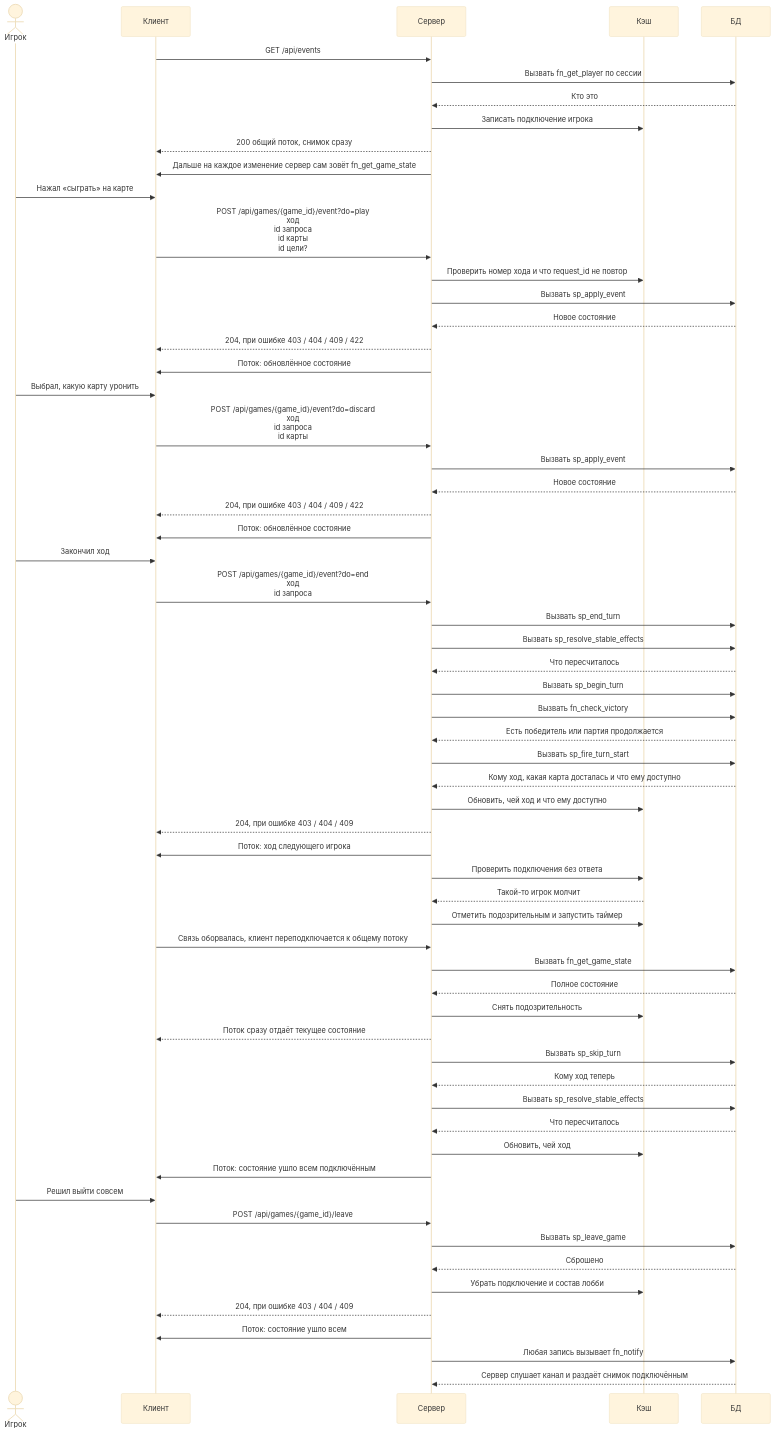
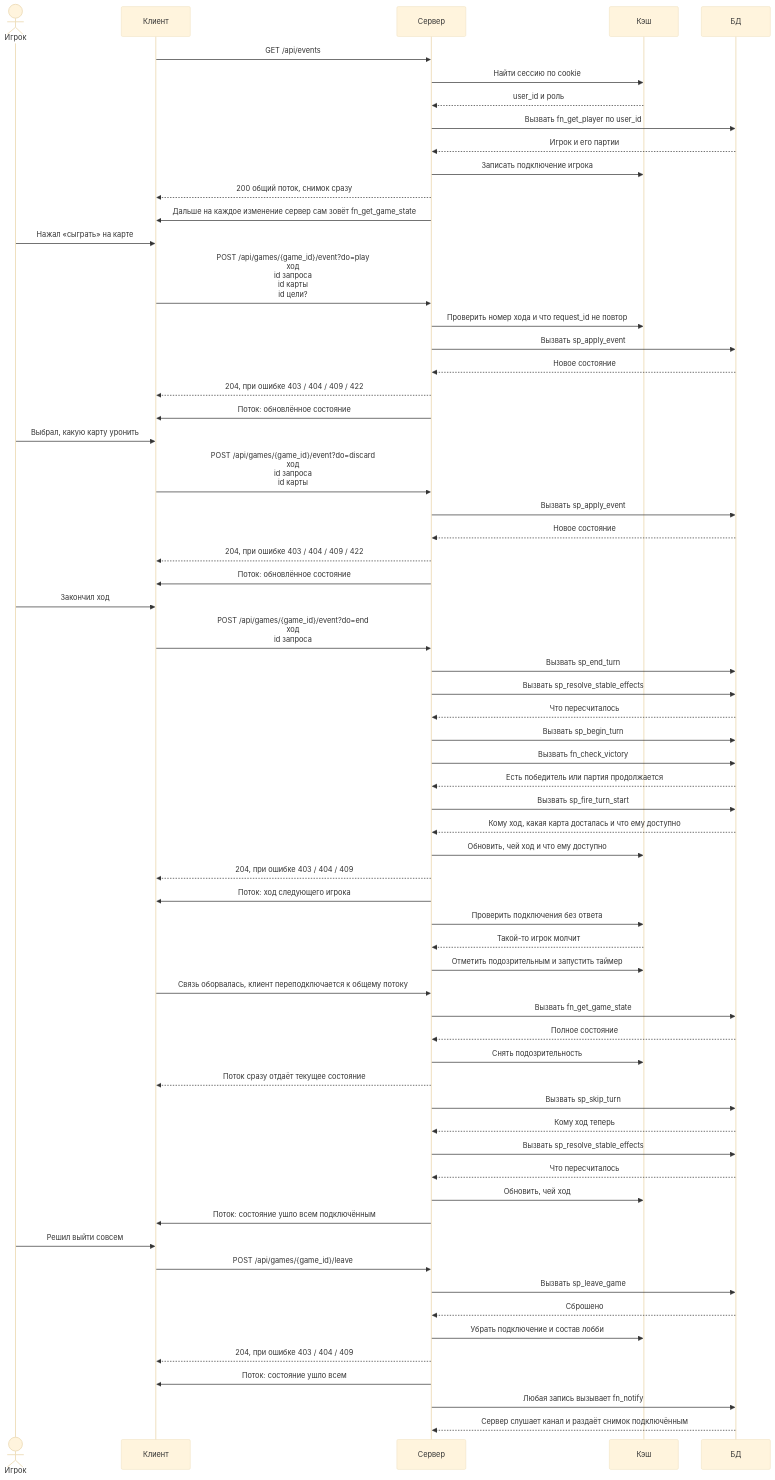
One commit to docup1/edin-game changed the diagram in diagrams/game.mmd. Above: the diagram before and after it, drawn with Mermaid (base theme).

Commit message:
Не искать пользователя в базе на открытии потока
Стрелка была не в том участнике и с выдуманной сигнатурой: fn_get_player
по описанию принимает id_user, а не сессию, и ходить за идентичностью в
базу не нужно вообще - таблицы users в схеме нет.

Сессия лежит в кэше, как в auth.mmd и admin.mmd. Теперь открытие потока
сначала спрашивает кэш, а базу - уже про факты игры: в каких партиях
участвует этот user_id, что читается по players.

Заодно поправил два комментария, которые врали про кэш: он держит не
только подключения, но и сессии, поэтому перезапуск сервера теряет
входы, а факты об игре остаются.

```diff
--- a/diagrams/game.mmd
+++ b/diagrams/game.mmd
@@ -1,129 +1,131 @@
 %% Всё, что происходит во время партии: поток, ход, обрыв связи, пропуск, выход.
 %% Два эндпоинта: один event с действием в query и выход.
 %% Клиент оперирует картами и выбирает цель. Названия механик, назначение,
 %% количество и позиции определяет сервер - клиент их не знает и не видит.
 %% Связь и признак «кто на связи» - в кэше, все факты - в базе.
 %% Ошибки: 403 не его ход, 404 нет партии, 409 номер хода не совпал или
 %% повтор request_id, 422 карта не в available или цель не из присланного списка.
 %% Состояние в потоке всегда полное и приходит при любом изменении, отдельных
-%% событий про карты и ходы нет. Кэш держит только подключения, поэтому
-%% перезапуск сервера ничего не теряет.
+%% событий про карты и ходы нет. Сессия лежит в кэше, поэтому перезапуск
+%% сервера теряет только входы, а факты об игре остаются в базе.
 sequenceDiagram
     actor U as Игрок
     participant C as Клиент
     participant S as Сервер
     participant K as Кэш
     participant D as БД
 
     C->>S: GET /api/events
-    S->>D: Вызвать fn_get_player по сессии
-    D-->>S: Кто это
+    S->>K: Найти сессию по cookie
+    K-->>S: user_id и роль
+    S->>D: Вызвать fn_get_player по user_id
+    D-->>S: Игрок и его партии
     S->>K: Записать подключение игрока
     S-->>C: 200 общий поток, снимок сразу
     S->>C: Дальше на каждое изменение сервер сам зовёт fn_get_game_state
 
     U->>C: Нажал «сыграть» на карте
     C->>S: POST /api/games/{game_id}/event?do=play<br/>ход<br/>id запроса<br/>id карты<br/>id цели?
     S->>K: Проверить номер хода и что request_id не повтор
     S->>D: Вызвать sp_apply_event
     D-->>S: Новое состояние
     S-->>C: 204, при ошибке 403 / 404 / 409 / 422
     S->>C: Поток: обновлённое состояние
 
     U->>C: Выбрал, какую карту уронить
     C->>S: POST /api/games/{game_id}/event?do=discard<br/>ход<br/>id запроса<br/>id карты
     S->>D: Вызвать sp_apply_event
     D-->>S: Новое состояние
     S-->>C: 204, при ошибке 403 / 404 / 409 / 422
     S->>C: Поток: обновлённое состояние
 
     U->>C: Закончил ход
     C->>S: POST /api/games/{game_id}/event?do=end<br/>ход<br/>id запроса
     S->>D: Вызвать sp_end_turn
     S->>D: Вызвать sp_resolve_stable_effects
     D-->>S: Что пересчиталось
     S->>D: Вызвать sp_begin_turn
     S->>D: Вызвать fn_check_victory
     D-->>S: Есть победитель или партия продолжается
     S->>D: Вызвать sp_fire_turn_start
     D-->>S: Кому ход, какая карта досталась и что ему доступно
     S->>K: Обновить, чей ход и что ему доступно
     S-->>C: 204, при ошибке 403 / 404 / 409
     S->>C: Поток: ход следующего игрока
 
     S->>K: Проверить подключения без ответа
     K-->>S: Такой-то игрок молчит
     S->>K: Отметить подозрительным и запустить таймер
     C->>S: Связь оборвалась, клиент переподключается к общему потоку
     S->>D: Вызвать fn_get_game_state
     D-->>S: Полное состояние
     S->>K: Снять подозрительность
     S-->>C: Поток сразу отдаёт текущее состояние
 
     S->>D: Вызвать sp_skip_turn
     D-->>S: Кому ход теперь
     S->>D: Вызвать sp_resolve_stable_effects
     D-->>S: Что пересчиталось
     S->>K: Обновить, чей ход
     S->>C: Поток: состояние ушло всем подключённым
 
     U->>C: Решил выйти совсем
     C->>S: POST /api/games/{game_id}/leave
     S->>D: Вызвать sp_leave_game
     D-->>S: Сброшено
     S->>K: Убрать подключение и состав лобби
     S-->>C: 204, при ошибке 403 / 404 / 409
     S->>C: Поток: состояние ушло всем
 
     S->>D: Любая запись вызывает fn_notify
     D-->>S: Сервер слушает канал и раздаёт снимок подключённым
 
     %% available - просто список карт, которые можно сыграть. Названий механик
     %% клиент не знает. Если карте нужна цель, сервер пишет это прямо в
     %% карточке и присылает список целей, из которых игрок выбирает.
     %% Тело event при do=play: { turn, request_id, card_id, target_id? }.
     %% Действие живёт в query как do: play, discard, end. Тело при этом
     %% одно и то же для всех, поля зависят от действия.
     %% Добора из колоды отдельного действия нет: карта добирает механикой
     %% DRAW_FROM_DECK, то есть через play, а в начале хода карту берёт
     %% sp_begin_turn. Клиент не может взять из колоды просто так.
     %% do=discard кладёт указанную карту в сброс. Никаких названий механик
     %% в запросе нет.
     %% По карте сервер сам находит её механики и решает, куда её класть, сколько
     %% карт связано и на какую позицию. Разовые механики карты отрабатывают все
     %% разом, выбрать одну из нескольких нельзя. То, что осталось в стойке,
     %% живёт дальше по своим правилам.
     %% Одна операция - одна транзакция. Проверяется против состояния, а не против
     %% того, что прислал клиент. Не прошла - откат целиком и 422.
     %% Ответ пустой не потому, что серверу нечего сказать: состояние приходит
     %% в поток, а дублировать его значило бы отправить его дважды.
     %% event можно слать несколько подряд: каждый применяется сразу, поэтому
     %% следующий видит уже изменённое состояние, и порядок важен.
     %% Ограничения клиент не проверяет - сервер пересчитывает available.
     %% do=end сбрасывает лишние карты и закрывает ход, дальше открывает следующий
     %% сам, без запроса клиента.
     %% sp_resolve_stable_effects пересчитывает у всех PROTECT_STABLE,
     %% RESTRICT_CARD_PLAY и COUNT_AS_UNICORN. Счётчики длительности уменьшаются
     %% только за действительно сыгранные ходы, не за пропущенные - иначе чужой
     %% обрыв связи тратил бы всем защиту. Механика упала - пропускаем её, пишем
     %% в лог и идём дальше: одна сломанная карта не должна останавливать игру.
     %% sp_begin_turn выбирает следующего игрока и проверяет его ход на пропуск.
     %% Пропуск - не сыгранный ход: метка снимается, триггеры начала хода не
     %% запускаются. Пропуски подряд считаются, чтобы не зациклиться.
     %% sp_fire_turn_start срабатывает у стойл того, чей ход действительно
     %% открывается.
     %% Разорванную связь не считаем выходом сразу: ждём короткое время, вдруг
     %% это плохая связь. Догонять историю не нужно, снимок и так полный - клиент
     %% перерисовывает всё заново. Номера событий не храним и Last-Event-ID не
     %% шлём.
     %% Клиент не вернулся до конца таймера - ход переходит дальше по правилам,
     %% счётчик ходов увеличивается, чтобы игрок не накапливал ходы за время
     %% отсутствия. Пересчёт защит и запретов идёт как обычно, он не зависит от
     %% того, чей ход.
     %% sp_leave_game отправляет карты игрока в сброс, но сам игрок остаётся в
     %% партии с пустой рукой: выбывшим он не считается, место за ним сохраняется,
     %% поэтому join пускает его обратно даже после старта. Ход ему не вернётся,
-    %% но состояние он увидит полностью. Ничего не теряется, потому что всё
-    %% важное лежит в базе, а в кэше только подключения.
+    %% но состояние он увидит полностью. Ничего не теряется, потому что все
+    %% факты о партии лежат в базе, а в кэше только сессии и подключения.
     %% Уведомления идут через базу, поэтому все экземпляры сервера видят одно и
     %% то же состояние.
```
